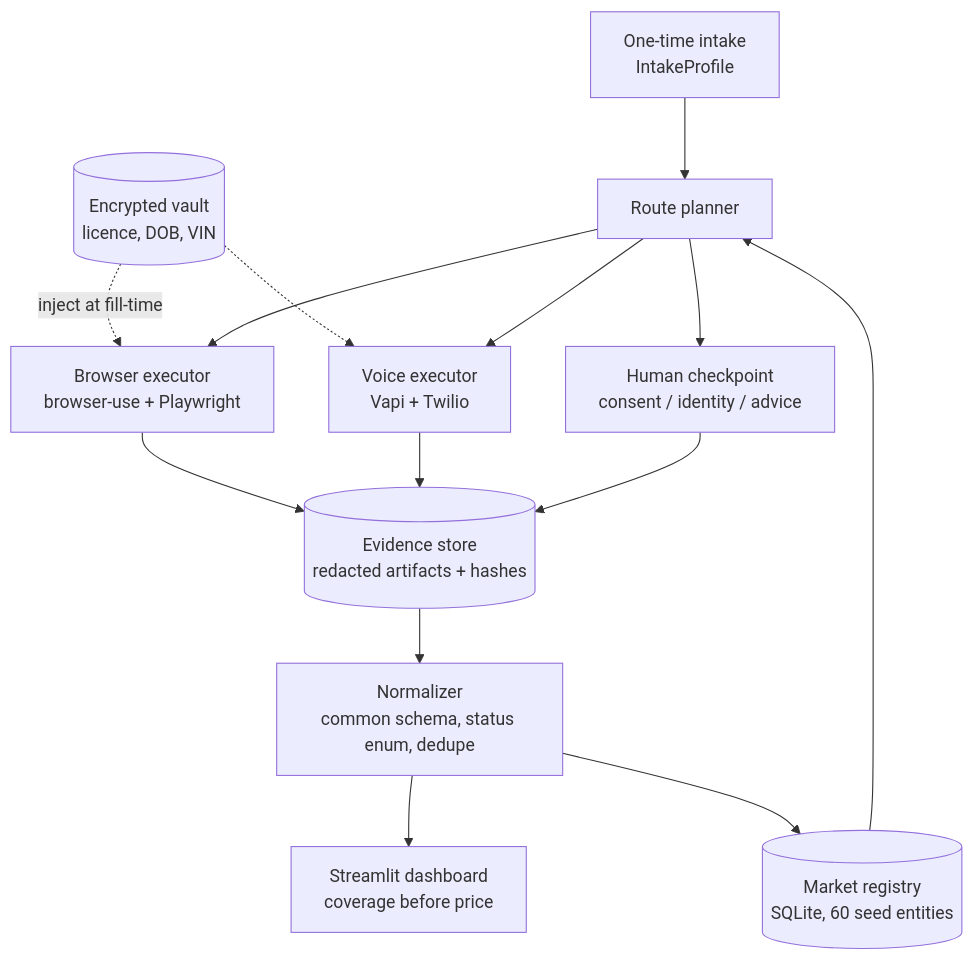
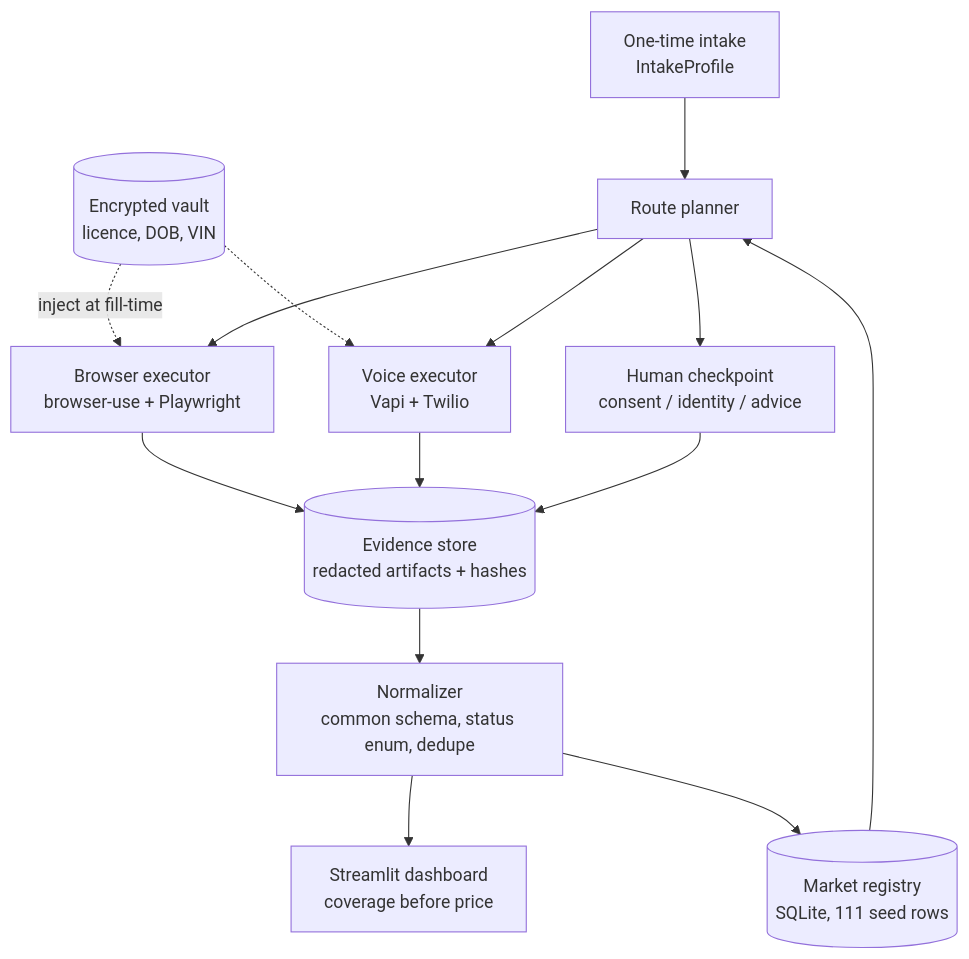
The diagram in docs/ARCHITECTURE.md (samarpassey/all-quote), drawn with Mermaid before and after one commit. The commit also changed 5 other files, not shown here.

````diff
--- a/docs/ARCHITECTURE.md
+++ b/docs/ARCHITECTURE.md
@@ -8,16 +8,16 @@
 ```mermaid
 flowchart TD
     A[One-time intake\nIntakeProfile] --> P[Route planner]
     V[(Encrypted vault\nlicence, DOB, VIN)] -.inject at fill-time.-> B
     V -.-> C
-    R[(Market registry\nSQLite, 60 seed entities)] --> P
+    R[(Market registry\nSQLite, 111 seed rows)] --> P
     P --> B[Browser executor\nbrowser-use + Playwright]
     P --> C[Voice executor\nVapi + Twilio]
     P --> H[Human checkpoint\nconsent / identity / advice]
     B --> E[(Evidence store\nredacted artifacts + hashes)]
     C --> E
     H --> E
     E --> N[Normalizer\ncommon schema, status enum, dedupe]
     N --> D[Streamlit dashboard\ncoverage before price]
     N --> R
 ```
````
